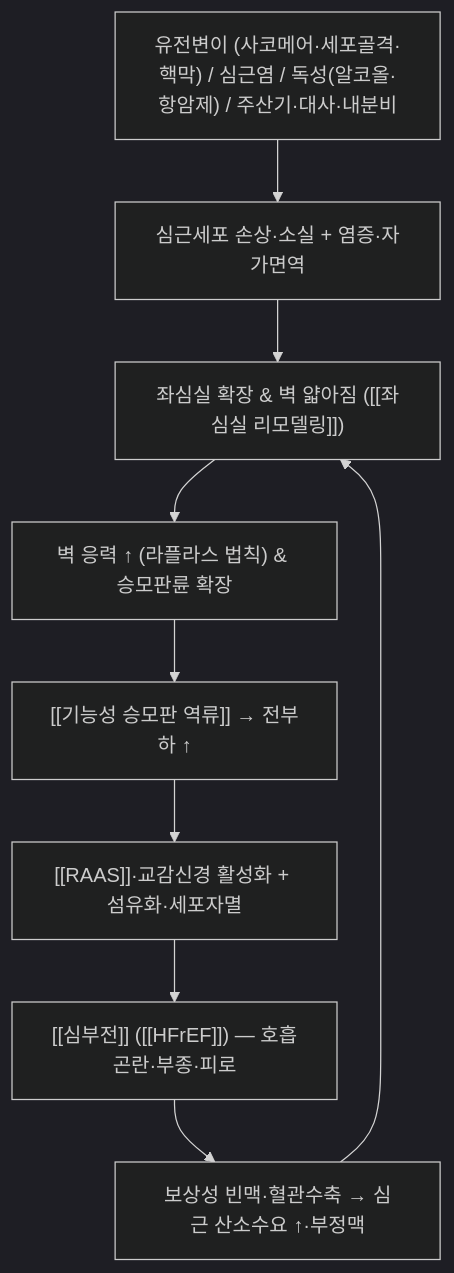
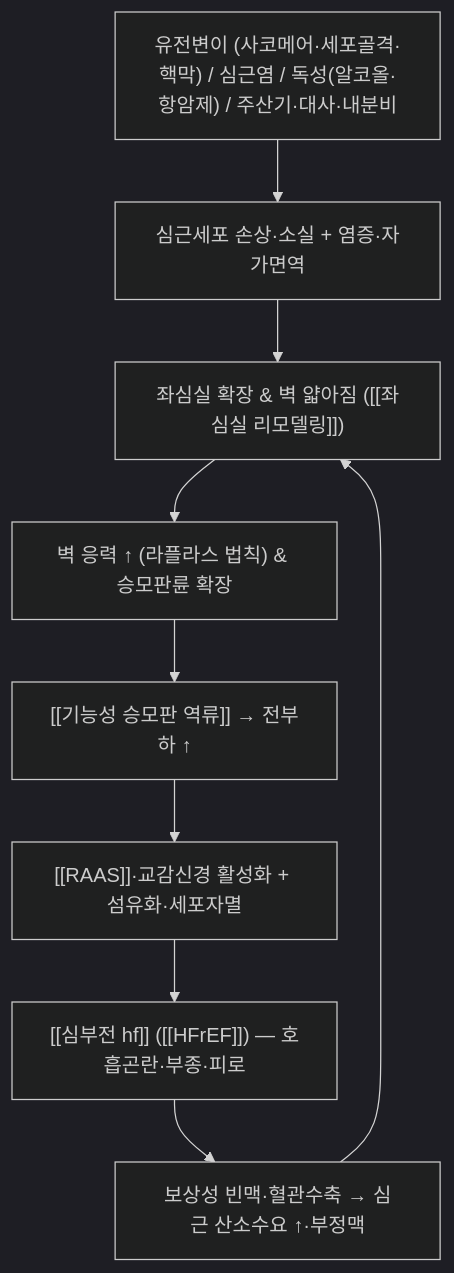
The diagram in content/3. 이론 공부/질환/순환기 질환/심부전·심근병증/확장성 심근병증.md (simbio11/simbio-digital-garden2), drawn with Mermaid (dark theme) before and after one commit. The commit also changed other lines of this file and 442 other files, not shown here.

````diff
--- a/content/3. 이론 공부/질환/순환기 질환/심부전·심근병증/확장성 심근병증.md
+++ b/content/3. 이론 공부/질환/순환기 질환/심부전·심근병증/확장성 심근병증.md
@@ -65,11 +65,11 @@
 ```mermaid
 graph TD
     Cause["유전변이 (사코메어·세포골격·핵막) / 심근염 / 독성(알코올·항암제) / 주산기·대사·내분비"] --> Injury["심근세포 손상·소실 + 염증·자가면역"]
     Injury --> Dil["좌심실 확장 & 벽 얇아짐 ([[좌심실 리모델링]])"]
     Dil --> Wall["벽 응력 ↑ (라플라스 법칙) & 승모판륜 확장"]
     Wall --> MR["[[기능성 승모판 역류]] → 전부하 ↑"]
     MR --> Neuro["[[RAAS]]·교감신경 활성화 + 섬유화·세포자멸"]
-    Neuro --> HF["[[심부전]] ([[HFrEF]]) — 호흡곤란·부종·피로"]
+    Neuro --> HF["[[심부전 hf]] ([[HFrEF]]) — 호흡곤란·부종·피로"]
     HF --> Comp["보상성 빈맥·혈관수축 → 심근 산소수요 ↑·부정맥"]
     Comp --> Dil
 ```
````
